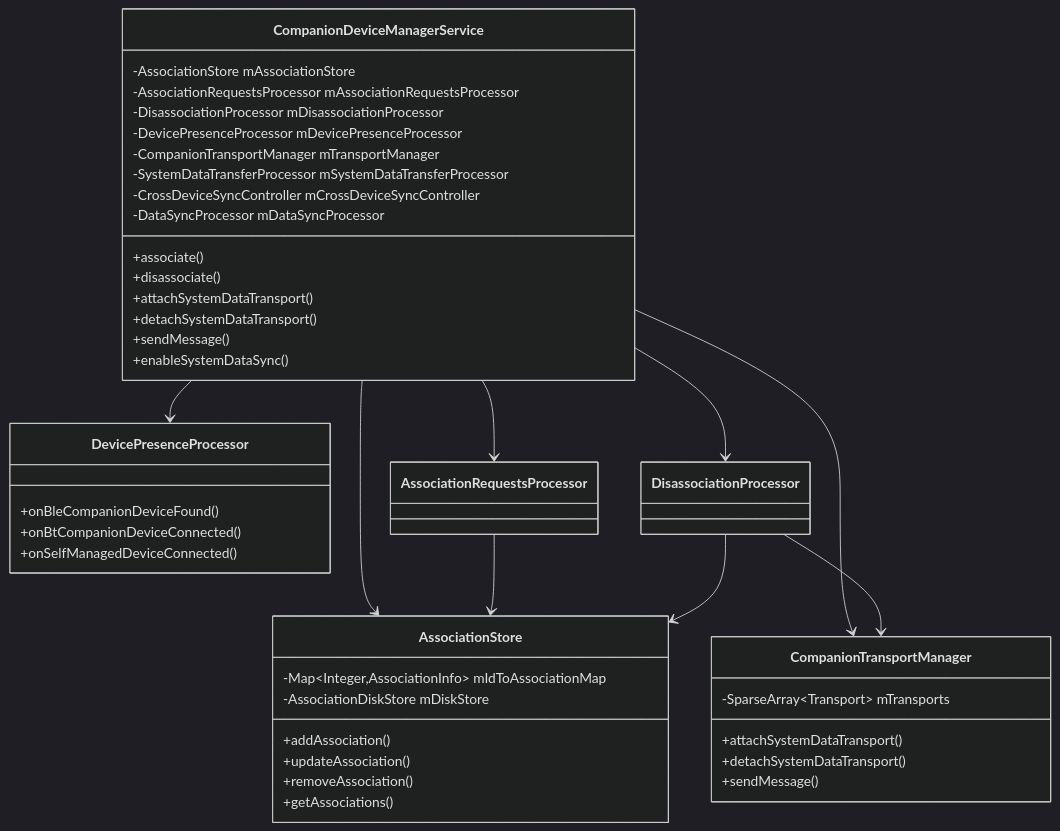
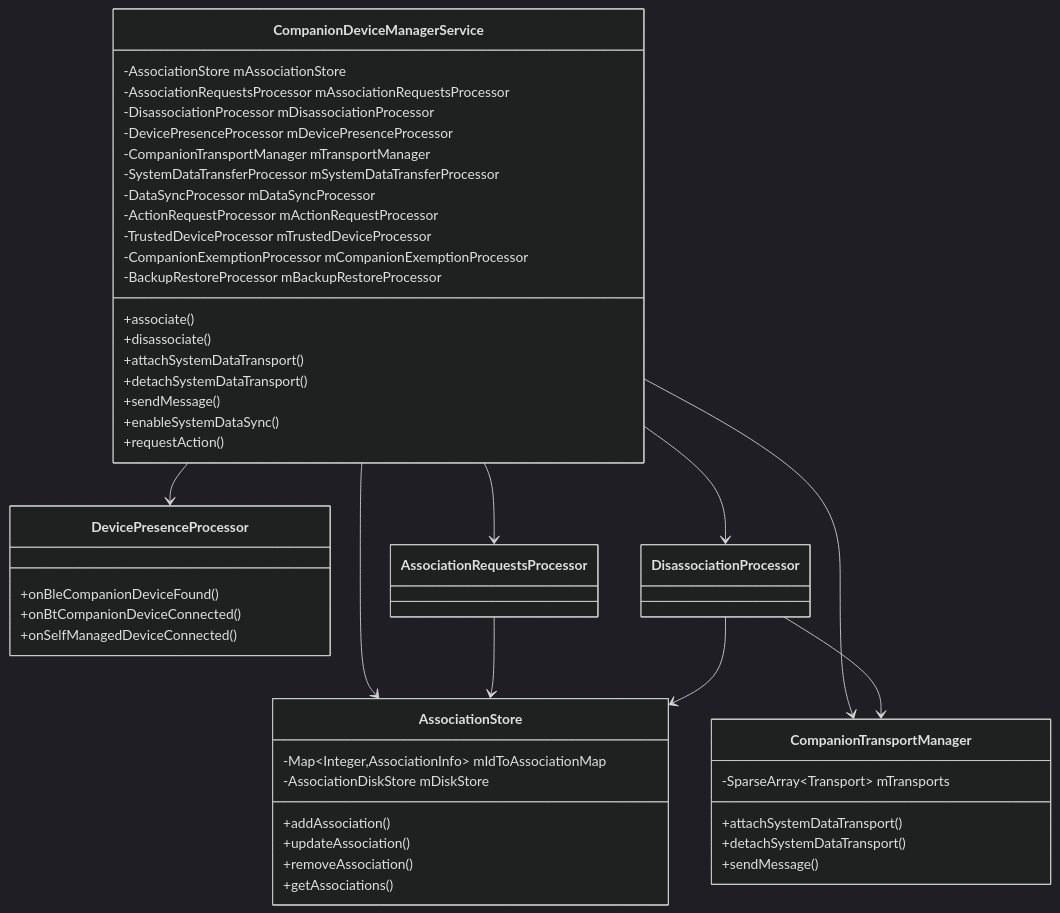
One commit to aospbooks/aosp-internal-book changed the first of 17 diagrams in 51-companion-virtual-device.md. Above: the diagram before and after it, drawn with Mermaid (dark theme). The commit also changed other lines of this file and 232 other files, not shown here.

````diff
--- a/51-companion-virtual-device.md
+++ b/51-companion-virtual-device.md
@@ -53,50 +61,54 @@
 ```mermaid
 classDiagram
     class CompanionDeviceManagerService {
         -AssociationStore mAssociationStore
         -AssociationRequestsProcessor mAssociationRequestsProcessor
         -DisassociationProcessor mDisassociationProcessor
         -DevicePresenceProcessor mDevicePresenceProcessor
         -CompanionTransportManager mTransportManager
         -SystemDataTransferProcessor mSystemDataTransferProcessor
-        -CrossDeviceSyncController mCrossDeviceSyncController
         -DataSyncProcessor mDataSyncProcessor
+        -ActionRequestProcessor mActionRequestProcessor
+        -TrustedDeviceProcessor mTrustedDeviceProcessor
+        -CompanionExemptionProcessor mCompanionExemptionProcessor
+        -BackupRestoreProcessor mBackupRestoreProcessor
         +associate()
         +disassociate()
         +attachSystemDataTransport()
         +detachSystemDataTransport()
         +sendMessage()
         +enableSystemDataSync()
+        +requestAction()
     }
 
     class AssociationStore {
         -Map~Integer,AssociationInfo~ mIdToAssociationMap
         -AssociationDiskStore mDiskStore
         +addAssociation()
         +updateAssociation()
         +removeAssociation()
         +getAssociations()
     }
 
     class CompanionTransportManager {
         -SparseArray~Transport~ mTransports
         +attachSystemDataTransport()
         +detachSystemDataTransport()
         +sendMessage()
     }
 
     class DevicePresenceProcessor {
         +onBleCompanionDeviceFound()
         +onBtCompanionDeviceConnected()
         +onSelfManagedDeviceConnected()
     }
 
     CompanionDeviceManagerService --> AssociationStore
     CompanionDeviceManagerService --> CompanionTransportManager
     CompanionDeviceManagerService --> DevicePresenceProcessor
     CompanionDeviceManagerService --> AssociationRequestsProcessor
     CompanionDeviceManagerService --> DisassociationProcessor
     AssociationRequestsProcessor --> AssociationStore
     DisassociationProcessor --> AssociationStore
     DisassociationProcessor --> CompanionTransportManager
 ```
````
